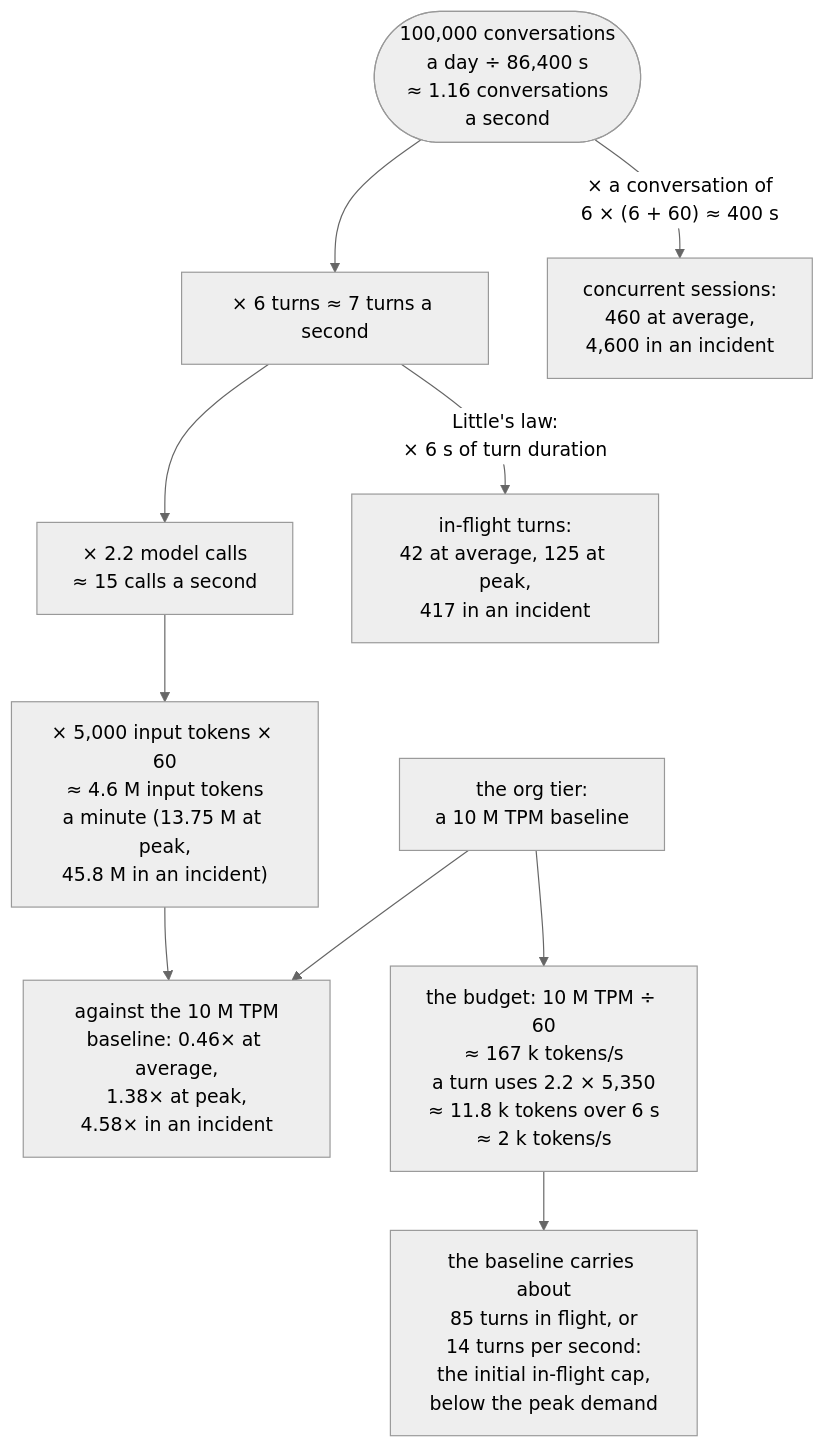
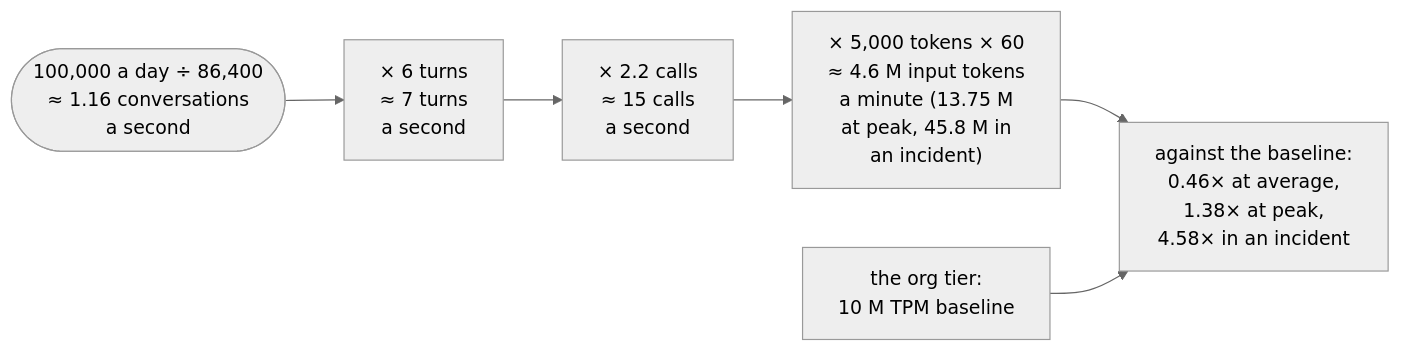
The first of 3 diagrams in 06-gateway/scaling-admission-cost/agentic-scaling-lab/docs/01-scaling-primer.md (aniryou/full-stack-agentic-engineer), drawn with Mermaid (neutral theme) before and after one commit. The commit also changed other lines of this file and 633 other files, not shown here.

First line of the commit message:
Accessible language and one-screen figures, part 1: every figure fits a screen, the STE second pass over the layers (#53)

````diff
--- a/06-gateway/scaling-admission-cost/agentic-scaling-lab/docs/01-scaling-primer.md
+++ b/06-gateway/scaling-admission-cost/agentic-scaling-lab/docs/01-scaling-primer.md
@@ -213,12 +213,8 @@
 ```mermaid
-flowchart TB
-    C(["100,000 conversations<br/>a day ÷ 86,400 s<br/>≈ 1.16 conversations<br/>a second"]) --> T["× 6 turns ≈ 7 turns a second"]
-    T --> M["× 2.2 model calls<br/>≈ 15 calls a second"]
-    M --> TPM["× 5,000 input tokens × 60<br/>≈ 4.6 M input tokens<br/>a minute (13.75 M at peak,<br/>45.8 M in an incident)"]
-    TPM --> CMP["against the 10 M TPM<br/>baseline: 0.46× at average,<br/>1.38× at peak,<br/>4.58× in an incident"]
-    BASE["the org tier:<br/>a 10 M TPM baseline"] --> CMP
-    BASE --> B["the budget: 10 M TPM ÷ 60<br/>≈ 167 k tokens/s<br/>a turn uses 2.2 × 5,350<br/>≈ 11.8 k tokens over 6 s<br/>≈ 2 k tokens/s"]
-    B --> CAP["the baseline carries about<br/>85 turns in flight, or<br/>14 turns per second:<br/>the initial in-flight cap,<br/>below the peak demand"]
-    T -- "Little's law:<br/>× 6 s of turn duration" --> IF["in-flight turns:<br/>42 at average, 125 at peak,<br/>417 in an incident"]
-    C -- "× a conversation of<br/>6 × (6 + 60) ≈ 400 s" --> S["concurrent sessions:<br/>460 at average,<br/>4,600 in an incident"]
+flowchart LR
+    C(["100,000 a day ÷ 86,400<br/>≈ 1.16 conversations<br/>a second"]) --> T["× 6 turns<br/>≈ 7 turns<br/>a second"]
+    T --> M["× 2.2 calls<br/>≈ 15 calls<br/>a second"]
+    M --> TPM["× 5,000 tokens × 60<br/>≈ 4.6 M input tokens<br/>a minute (13.75 M<br/>at peak, 45.8 M in<br/>an incident)"]
+    TPM --> CMP["against the baseline:<br/>0.46× at average,<br/>1.38× at peak,<br/>4.58× in an incident"]
+    BASE["the org tier:<br/>10 M TPM baseline"] --> CMP
 ```
````
